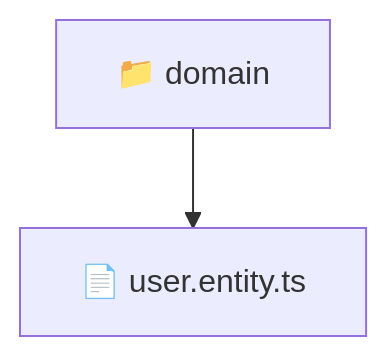
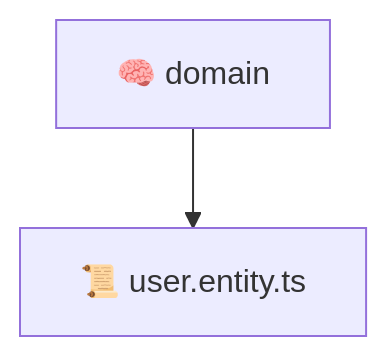
Before and after one commit to beginwebdev2002/fullstack-mavluda: the diagram in backend/src/modules/user/domain/README.md, drawn with Mermaid. The commit also changed other lines of this file and 163 other files, not shown here.

````diff
--- a/backend/src/modules/user/domain/README.md
+++ b/backend/src/modules/user/domain/README.md
@@ -9,5 +9,5 @@
 ```mermaid
 graph TD
-  Root["📁 domain"]
-  Root --> user_entity_ts["📄 user.entity.ts"]
+  domain["🧠 domain"]
+  domain --> user_entity_ts["📜 user.entity.ts"]
 ```
````
